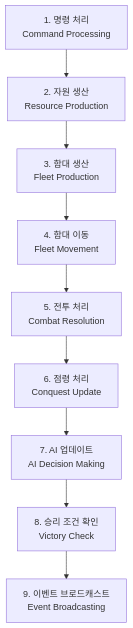
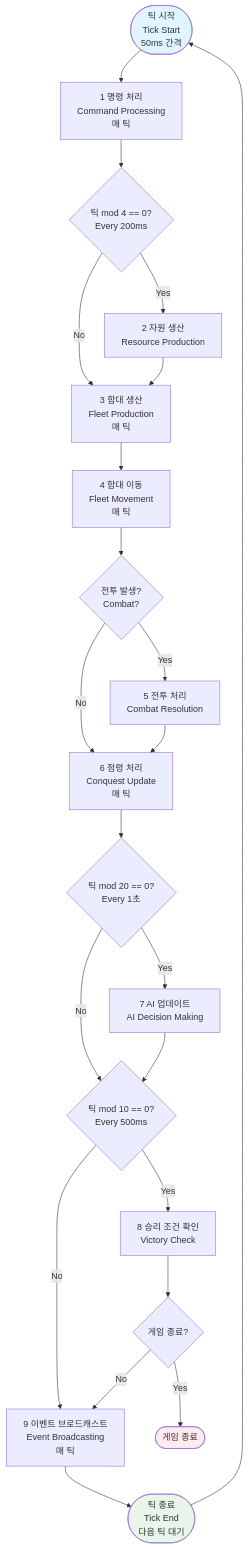
The fourth of 7 diagrams in Docs/interplanetary_system_spec.md (Bo-sung/InterPlanetery_Server), drawn with Mermaid before and after one commit. The commit also changed other lines of this file and 1 other file, not shown here.

````diff
--- a/Docs/interplanetary_system_spec.md
+++ b/Docs/interplanetary_system_spec.md
@@ -451,14 +441,57 @@
 ```mermaid
 flowchart TD
-    A[1. 명령 처리<br/>Command Processing]
-    B[2. 자원 생산<br/>Resource Production]
-    C[3. 함대 생산<br/>Fleet Production]
-    D[4. 함대 이동<br/>Fleet Movement]
-    E[5. 전투 처리<br/>Combat Resolution]
-    F[6. 점령 처리<br/>Conquest Update]
-    G[7. AI 업데이트<br/>AI Decision Making]
-    H[8. 승리 조건 확인<br/>Victory Check]
-    I[9. 이벤트 브로드캐스트<br/>Event Broadcasting]
-
-    A --> B --> C --> D --> E --> F --> G --> H --> I
+    Start([틱 시작<br/>Tick Start<br/>50ms 간격])
+    
+    A[1 명령 처리<br/>Command Processing<br/>매 틱]
+    
+    B{틱 mod 4 == 0?<br/>Every 200ms}
+    B1[2 자원 생산<br/>Resource Production]
+    
+    C[3 함대 생산<br/>Fleet Production<br/>매 틱]
+    
+    D[4 함대 이동<br/>Fleet Movement<br/>매 틱]
+    
+    E{전투 발생?<br/>Combat?}
+    F[5 전투 처리<br/>Combat Resolution]
+    
+    G[6 점령 처리<br/>Conquest Update<br/>매 틱]
+    
+    H{틱 mod 20 == 0?<br/>Every 1초}
+    H1[7 AI 업데이트<br/>AI Decision Making]
+    
+    I{틱 mod 10 == 0?<br/>Every 500ms}
+    I1[8 승리 조건 확인<br/>Victory Check]
+    
+    J[9 이벤트 브로드캐스트<br/>Event Broadcasting<br/>매 틱]
+    
+    End([틱 종료<br/>Tick End<br/>다음 틱 대기])
+    
+    Victory{게임 종료?}
+    GameEnd([게임 종료])
+    
+    Start --> A
+    A --> B
+    B -->|Yes| B1
+    B -->|No| C
+    B1 --> C
+    C --> D
+    D --> E
+    E -->|Yes| F
+    E -->|No| G
+    F --> G
+    G --> H
+    H -->|Yes| H1
+    H -->|No| I
+    H1 --> I
+    I -->|Yes| I1
+    I -->|No| J
+    I1 --> Victory
+    Victory -->|No| J
+    Victory -->|Yes| GameEnd
+    J --> End
+    End --> Start
+    
+    style Start fill:#e1f5fe
+    style End fill:#e8f5e8
+    style GameEnd fill:#ffebee
 ```
````
